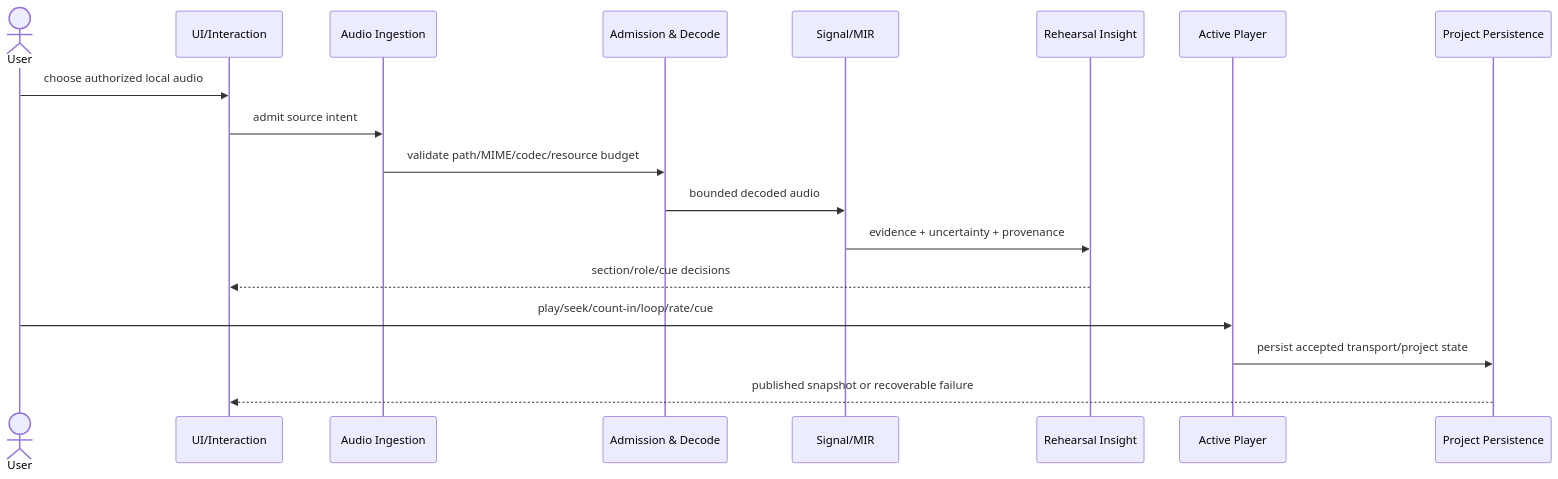
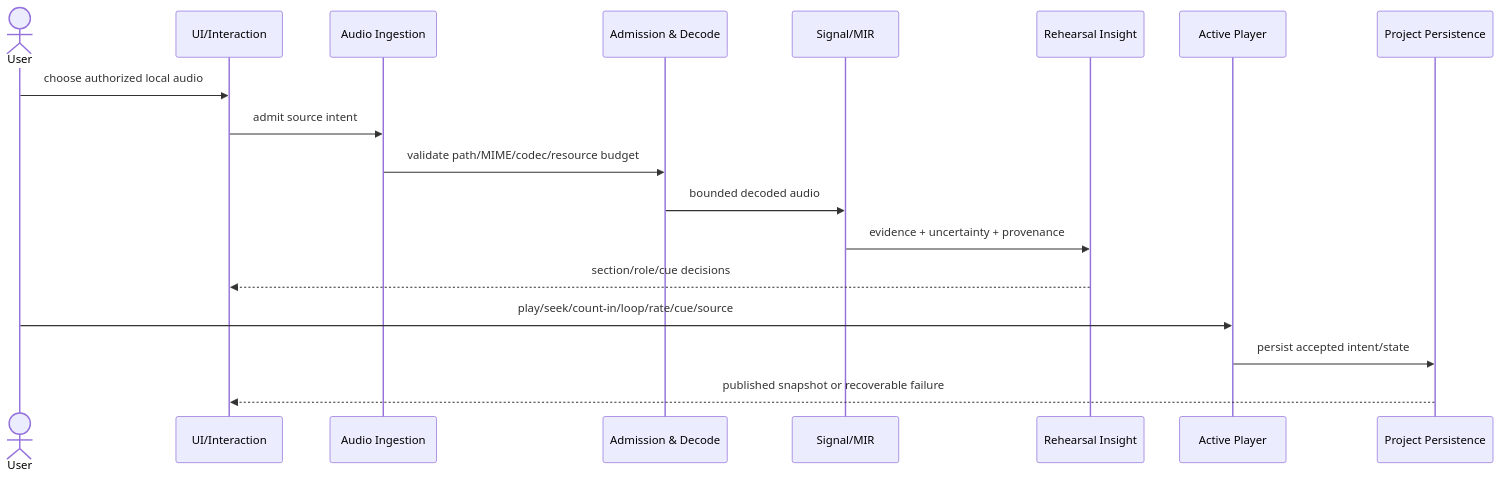
One commit to ContextualWisdomLab/bandscope changed the second of 3 diagrams in docs/product-technical-gap-baseline.md. Above: the diagram before and after it, drawn with Mermaid. The commit also changed other lines of this file, not shown here.

````diff
--- a/docs/product-technical-gap-baseline.md
+++ b/docs/product-technical-gap-baseline.md
@@ -205,20 +182,20 @@
 ```mermaid
 sequenceDiagram
     actor User
     participant UI as UI/Interaction
     participant Ingest as Audio Ingestion
     participant Decode as Admission & Decode
     participant MIR as Signal/MIR
     participant Insight as Rehearsal Insight
     participant Player as Active Player
     participant Project as Project Persistence
     User->>UI: choose authorized local audio
     UI->>Ingest: admit source intent
     Ingest->>Decode: validate path/MIME/codec/resource budget
     Decode->>MIR: bounded decoded audio
     MIR->>Insight: evidence + uncertainty + provenance
     Insight-->>UI: section/role/cue decisions
-    User->>Player: play/seek/count-in/loop/rate/cue
-    Player->>Project: persist accepted transport/project state
+    User->>Player: play/seek/count-in/loop/rate/cue/source
+    Player->>Project: persist accepted intent/state
     Project-->>UI: published snapshot or recoverable failure
 ```
````
